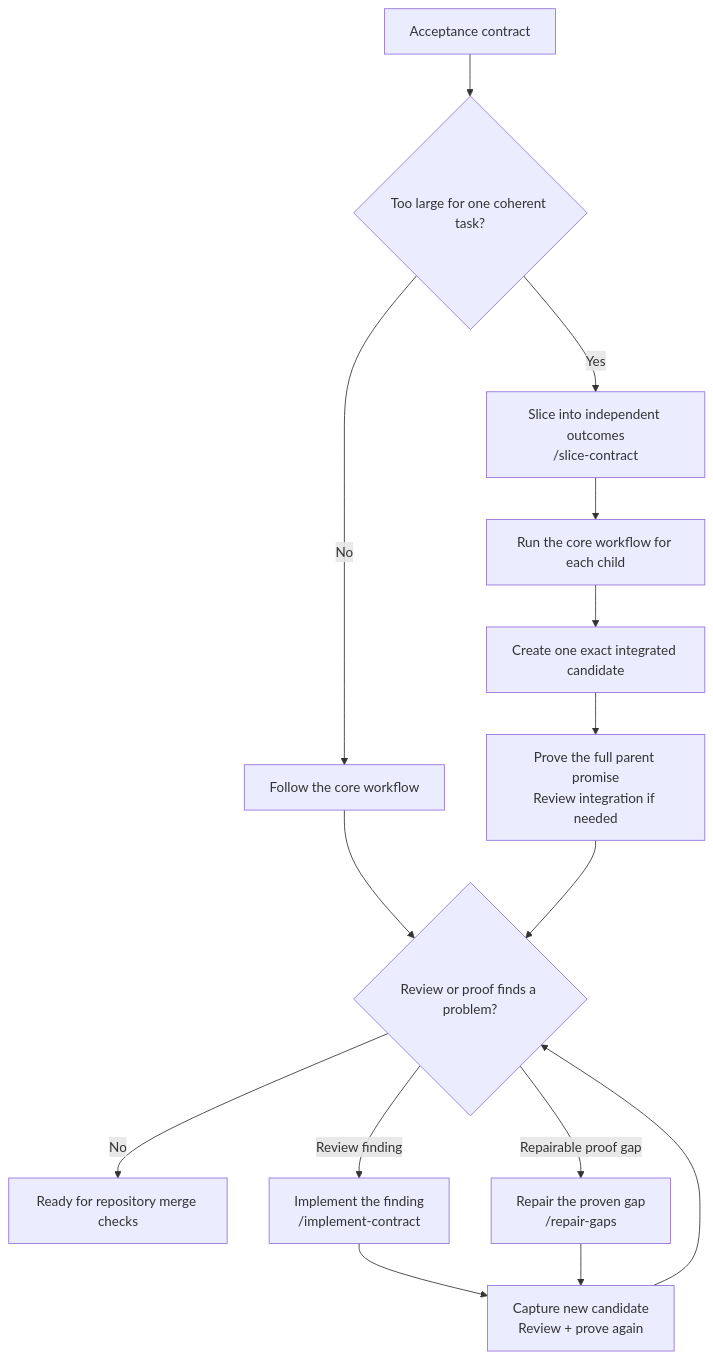
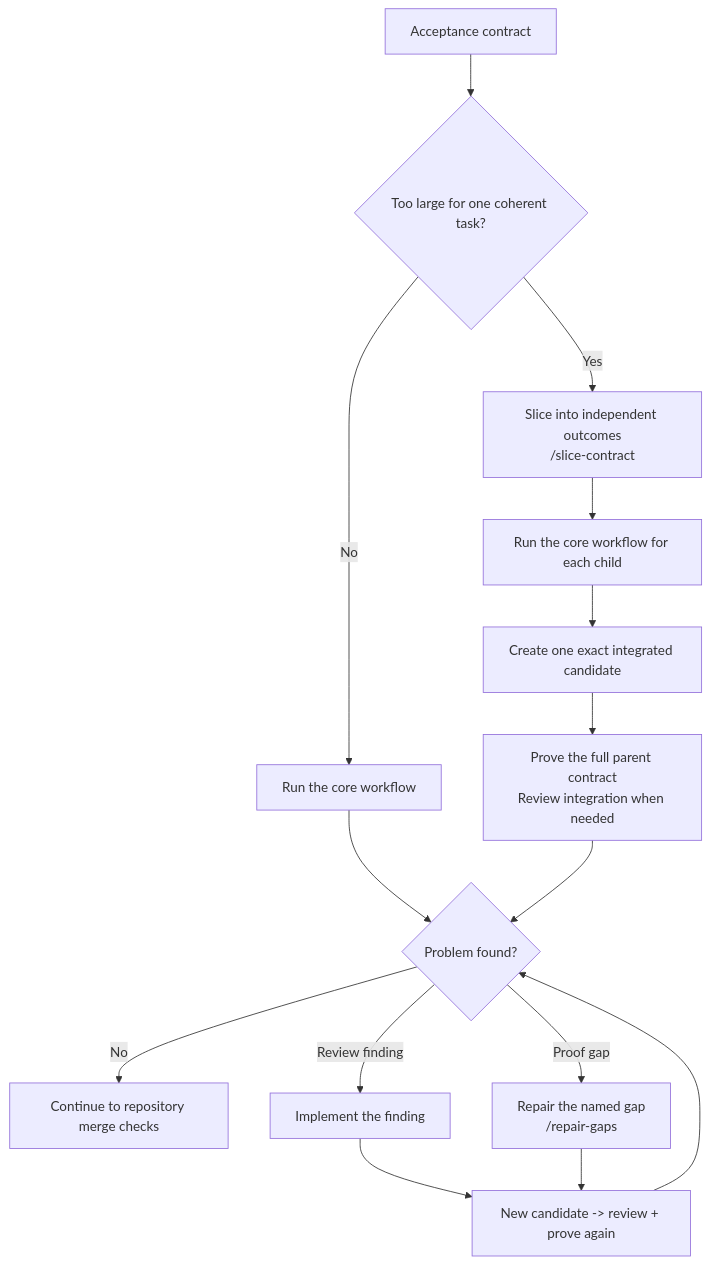
One commit to grove/promise-to-proof changed the second of 2 diagrams in README.md. Above: the diagram before and after it, drawn with Mermaid. The commit also changed other lines of this file, not shown here.

Commit message:
Reorder README around core workflow

````diff
--- a/README.md
+++ b/README.md
@@ -99,18 +137,18 @@
 ```mermaid
 flowchart TD
   contract["Acceptance contract"] --> large{"Too large for one coherent task?"}
-  large -->|No| core["Follow the core workflow"]
+  large -->|No| core["Run the core workflow"]
   large -->|Yes| slice["Slice into independent outcomes<br/>/slice-contract"]
   slice --> children["Run the core workflow for each child"]
   children --> integrated["Create one exact integrated candidate"]
-  integrated --> parent["Prove the full parent promise<br/>Review integration if needed"]
+  integrated --> parent["Prove the full parent contract<br/>Review integration when needed"]
 
-  core --> result{"Review or proof finds a problem?"}
-  parent --> result
-  result -->|No| ready["Ready for repository merge checks"]
-  result -->|Review finding| fix["Implement the finding<br/>/implement-contract"]
-  result -->|Repairable proof gap| repair["Repair the proven gap<br/>/repair-gaps"]
-  fix --> refresh["Capture new candidate<br/>Review + prove again"]
-  repair --> refresh
-  refresh --> result
+  core --> problem{"Problem found?"}
+  parent --> problem
+  problem -->|No| ready["Continue to repository merge checks"]
+  problem -->|Review finding| fix["Implement the finding"]
+  problem -->|Proof gap| repair["Repair the named gap<br/>/repair-gaps"]
+  fix --> rerun["New candidate -> review + prove again"]
+  repair --> rerun
+  rerun --> problem
 ```
````
